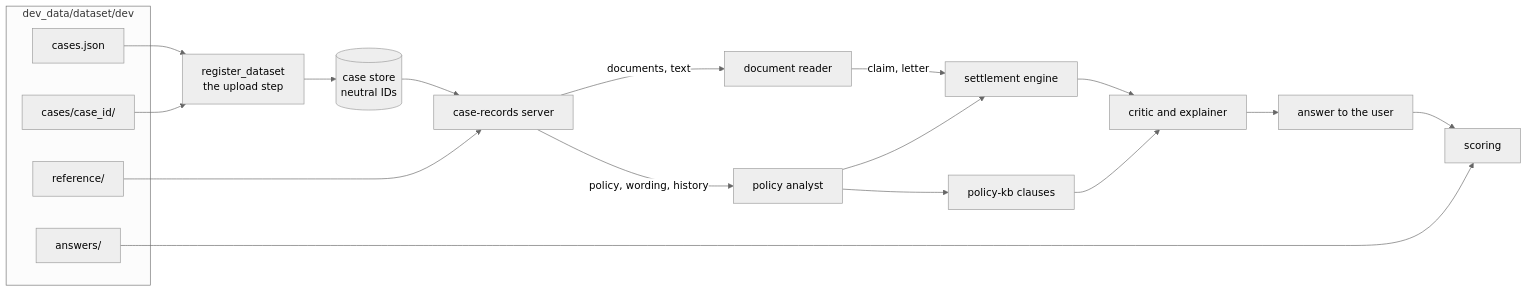
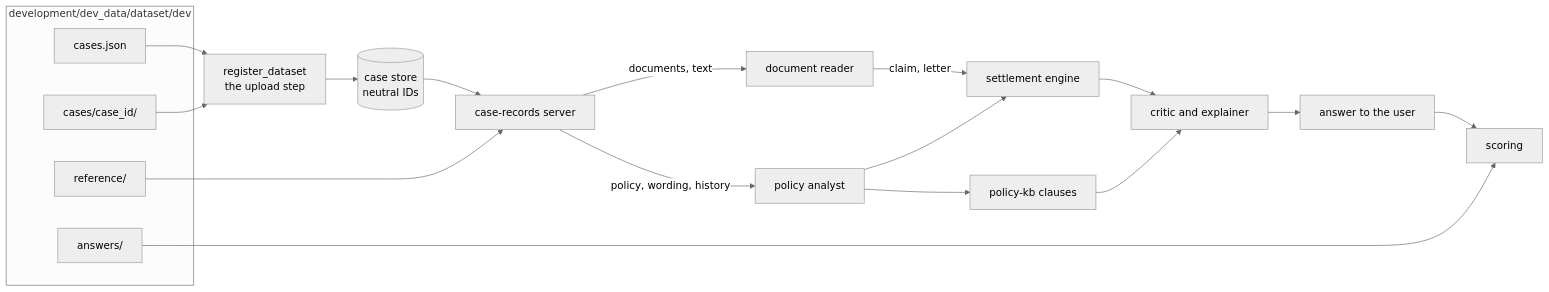
The second of 2 diagrams in ClaimClear/additional_resources/member2_knowledge_memory_tools/dataset_guide.md (ankitacoder3/ClaimClear_GenAI), drawn with Mermaid (neutral theme) before and after one commit. The commit also changed other lines of this file and 56 other files, not shown here.

````diff
--- a/ClaimClear/additional_resources/member2_knowledge_memory_tools/dataset_guide.md
+++ b/ClaimClear/additional_resources/member2_knowledge_memory_tools/dataset_guide.md
@@ -165,24 +165,24 @@
 ```mermaid
 flowchart LR
-    subgraph Data["dev_data/dataset/dev"]
+    subgraph Data["development/dev_data/dataset/dev"]
         CJ[cases.json]
         CF["cases/case_id/"]
         REF[reference/]
         ANS[answers/]
     end
     CJ --> REG[register_dataset<br/>the upload step]
     CF --> REG
     REG --> STORE[(case store<br/>neutral IDs)]
     STORE --> CR[case-records server]
     REF --> CR
     CR -->|documents, text| DR[document reader]
     CR -->|policy, wording, history| PA[policy analyst]
     DR -->|claim, letter| SE[settlement engine]
     PA --> SE
     PA --> KB[policy-kb clauses]
     SE --> CRIT[critic and explainer]
     KB --> CRIT
     CRIT --> OUT[answer to the user]
     OUT --> SCORE[scoring]
     ANS --> SCORE
 ```
````
